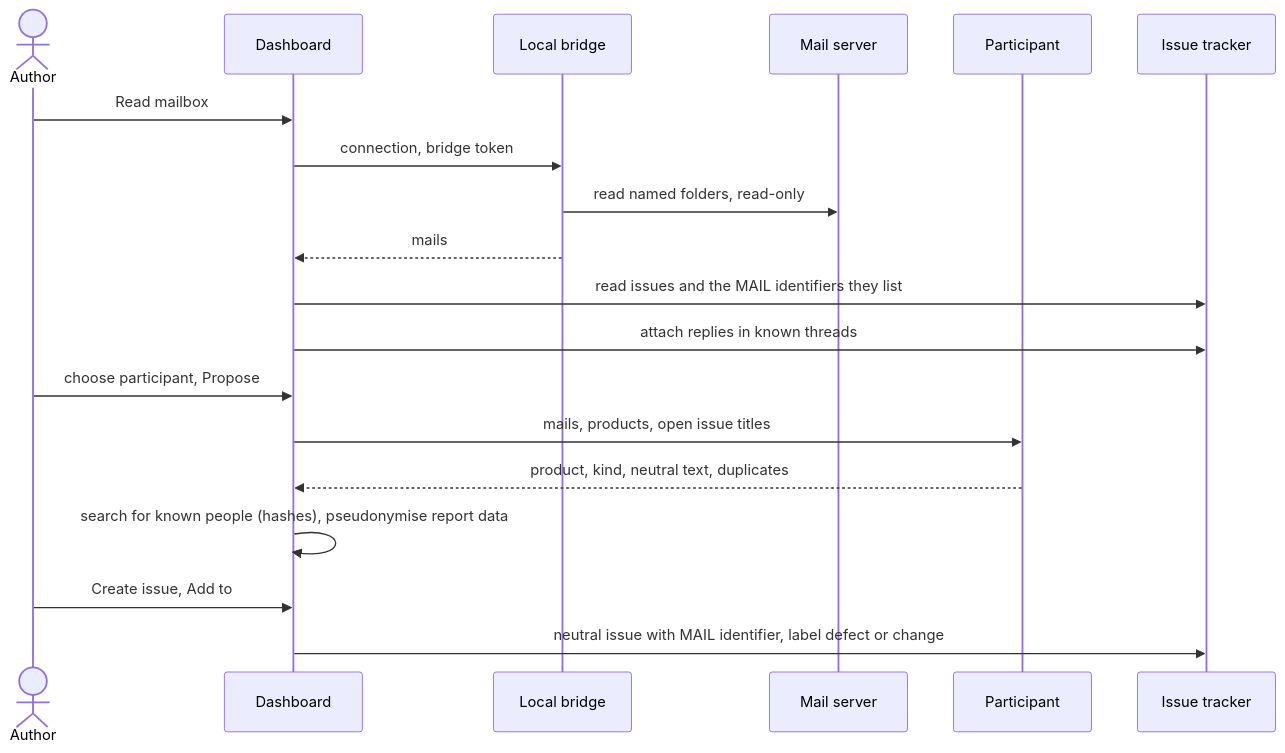
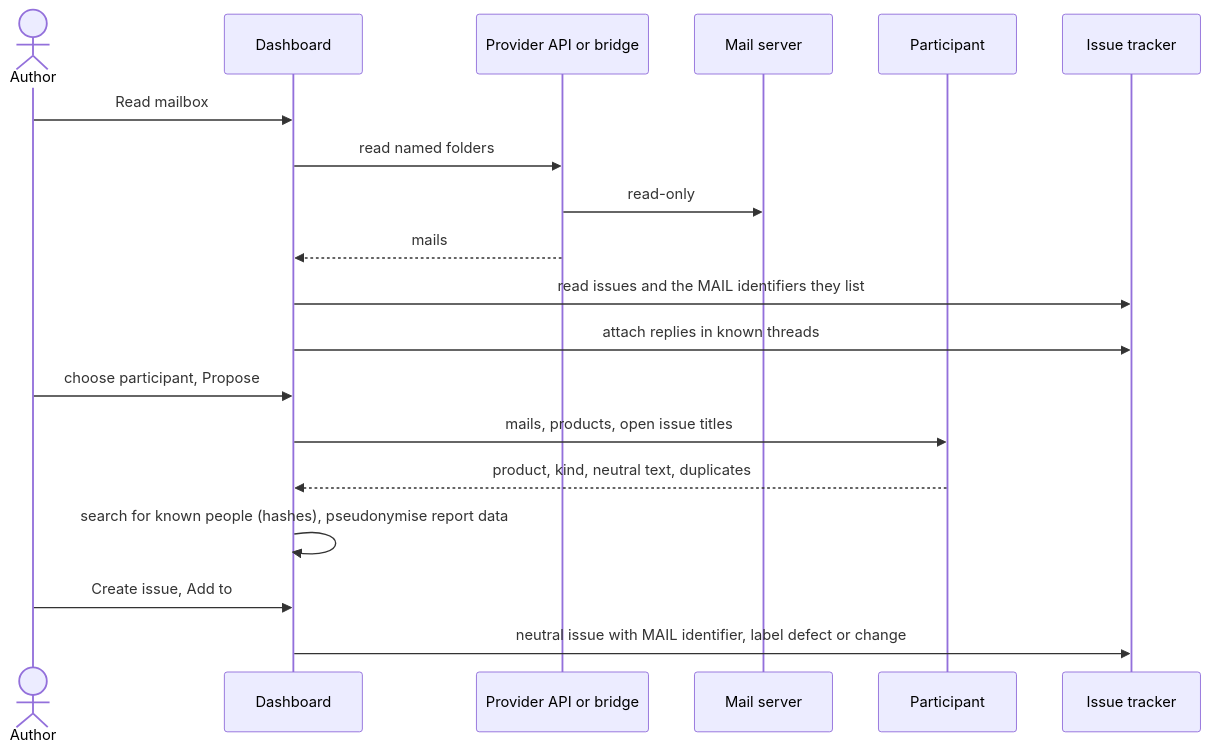
One commit to akmaier/agent-m changed the diagram in docs/use-cases/UC-038-turn-mails-into-issues.md. Above: the diagram before and after it, drawn with Mermaid. The commit also changed other lines of this file and 6 other files, not shown here.

````diff
--- a/docs/use-cases/UC-038-turn-mails-into-issues.md
+++ b/docs/use-cases/UC-038-turn-mails-into-issues.md
@@ -119,21 +121,21 @@
 ```mermaid
 sequenceDiagram
     actor A as Author
     participant D as Dashboard
-    participant B as Local bridge
+    participant B as Provider API or bridge
     participant S as Mail server
     participant P as Participant
     participant I as Issue tracker
     A->>D: Read mailbox
-    D->>B: connection, bridge token
-    B->>S: read named folders, read-only
+    D->>B: read named folders
+    B->>S: read-only
     B-->>D: mails
     D->>I: read issues and the MAIL identifiers they list
     D->>I: attach replies in known threads
     A->>D: choose participant, Propose
     D->>P: mails, products, open issue titles
     P-->>D: product, kind, neutral text, duplicates
     D->>D: search for known people (hashes), pseudonymise report data
     A->>D: Create issue, Add to #n, or Not an issue
     D->>I: neutral issue with MAIL identifier, label defect or change
 ```
````
